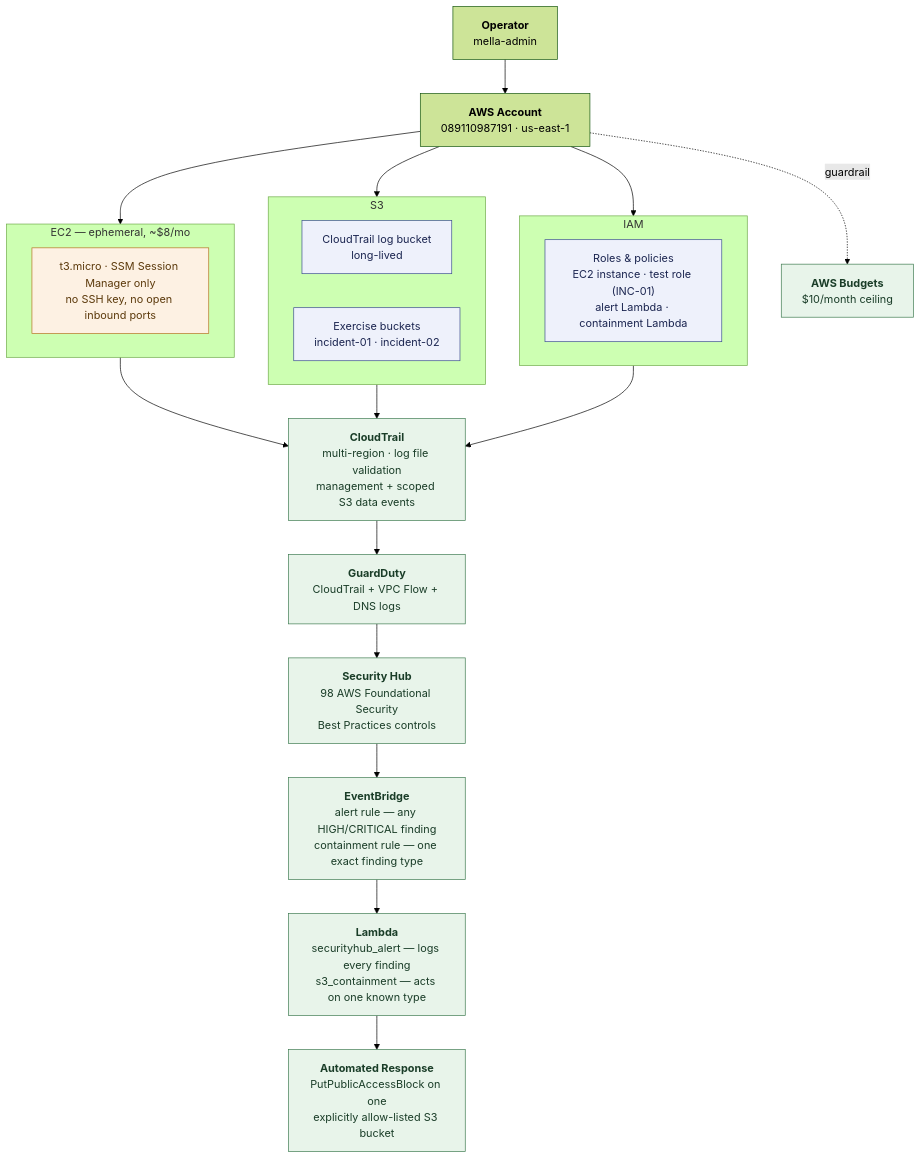
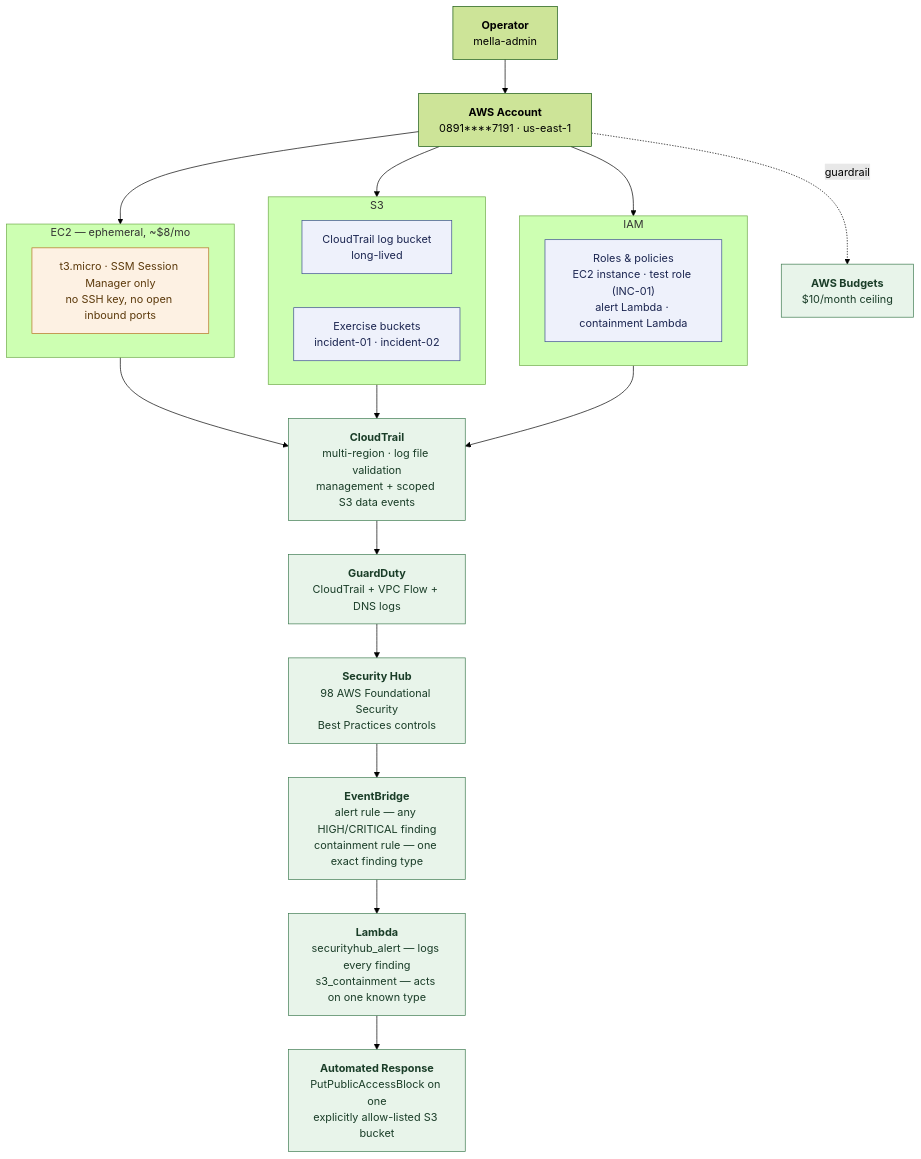
One commit to Mig1a/aws-cloud-security-lab changed the diagram in diagrams/architecture.md. Above: the diagram before and after it, drawn with Mermaid (forest theme). The commit also changed 5 other files, not shown here.

First line of the commit message:
Redact real AWS account ID from committed docs

````diff
--- a/diagrams/architecture.md
+++ b/diagrams/architecture.md
@@ -11,44 +11,44 @@
 ```mermaid
 flowchart TB
     IAM0["<b>Operator</b><br/>mella-admin"]
-    ACCT["<b>AWS Account</b><br/>089110987191 · us-east-1"]
+    ACCT["<b>AWS Account</b><br/>0891****7191 · us-east-1"]
     BUD["<b>AWS Budgets</b><br/>$10/month ceiling"]
 
     IAM0 --> ACCT
     ACCT -.->|"guardrail"| BUD
 
     ACCT --> EC2G
     ACCT --> S3G
     ACCT --> IAMG
 
     subgraph EC2G["EC2 — ephemeral, ~$8/mo"]
         EC2["t3.micro · SSM Session Manager only<br/>no SSH key, no open inbound ports"]
     end
 
     subgraph S3G["S3"]
         S3LOG["CloudTrail log bucket<br/>long-lived"]
         S3EX["Exercise buckets<br/>incident-01 · incident-02"]
     end
 
     subgraph IAMG["IAM"]
         ROLES["Roles & policies<br/>EC2 instance · test role (INC-01)<br/>alert Lambda · containment Lambda"]
     end
 
     EC2G --> CT
     S3G --> CT
     IAMG --> CT
 
     CT["<b>CloudTrail</b><br/>multi-region · log file validation<br/>management + scoped S3 data events"]
     CT --> GD["<b>GuardDuty</b><br/>CloudTrail + VPC Flow + DNS logs"]
     GD --> SH["<b>Security Hub</b><br/>98 AWS Foundational Security<br/>Best Practices controls"]
     SH --> EB["<b>EventBridge</b><br/>alert rule — any HIGH/CRITICAL finding<br/>containment rule — one exact finding type"]
     EB --> LAM["<b>Lambda</b><br/>securityhub_alert — logs every finding<br/>s3_containment — acts on one known type"]
     LAM --> AR["<b>Automated Response</b><br/>PutPublicAccessBlock on one<br/>explicitly allow-listed S3 bucket"]
 
     classDef longlived fill:#e8f4ea,stroke:#3d7a4f,color:#1a3d28
     classDef ephemeral fill:#fdf1e3,stroke:#b5711f,color:#5c3a0c
     classDef pillar fill:#eef1fb,stroke:#3a4d8f,color:#1b2550
     class BUD,CT,GD,SH,EB,LAM,AR longlived
     class EC2 ephemeral
     class S3LOG,S3EX,ROLES pillar
 ```
````
